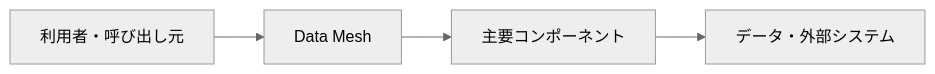
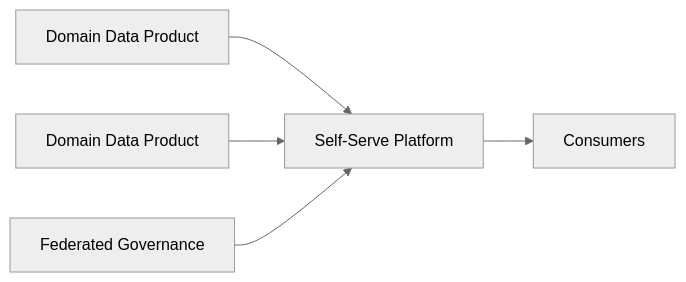
The diagram in docs/データ・更新モデル系/データメッシュ.md (t-shirayama/architecture-notes), drawn with Mermaid (neutral theme) before and after one commit. The commit also changed other lines of this file and 32 other files, not shown here.

Commit message:
docs: refine remaining architecture notes

````diff
--- a/docs/データ・更新モデル系/データメッシュ.md
+++ b/docs/データ・更新モデル系/データメッシュ.md
@@ -24,6 +28,7 @@
 ```mermaid
 flowchart LR
-    A[利用者・呼び出し元] --> B[Data Mesh]
-    B --> C[主要コンポーネント]
-    C --> D[データ・外部システム]
+    DomainA[Domain Data Product] --> Platform[Self-Serve Platform]
+    DomainB[Domain Data Product] --> Platform
+    Platform --> Consumers[Consumers]
+    Governance[Federated Governance] --> Platform
 ```
````
